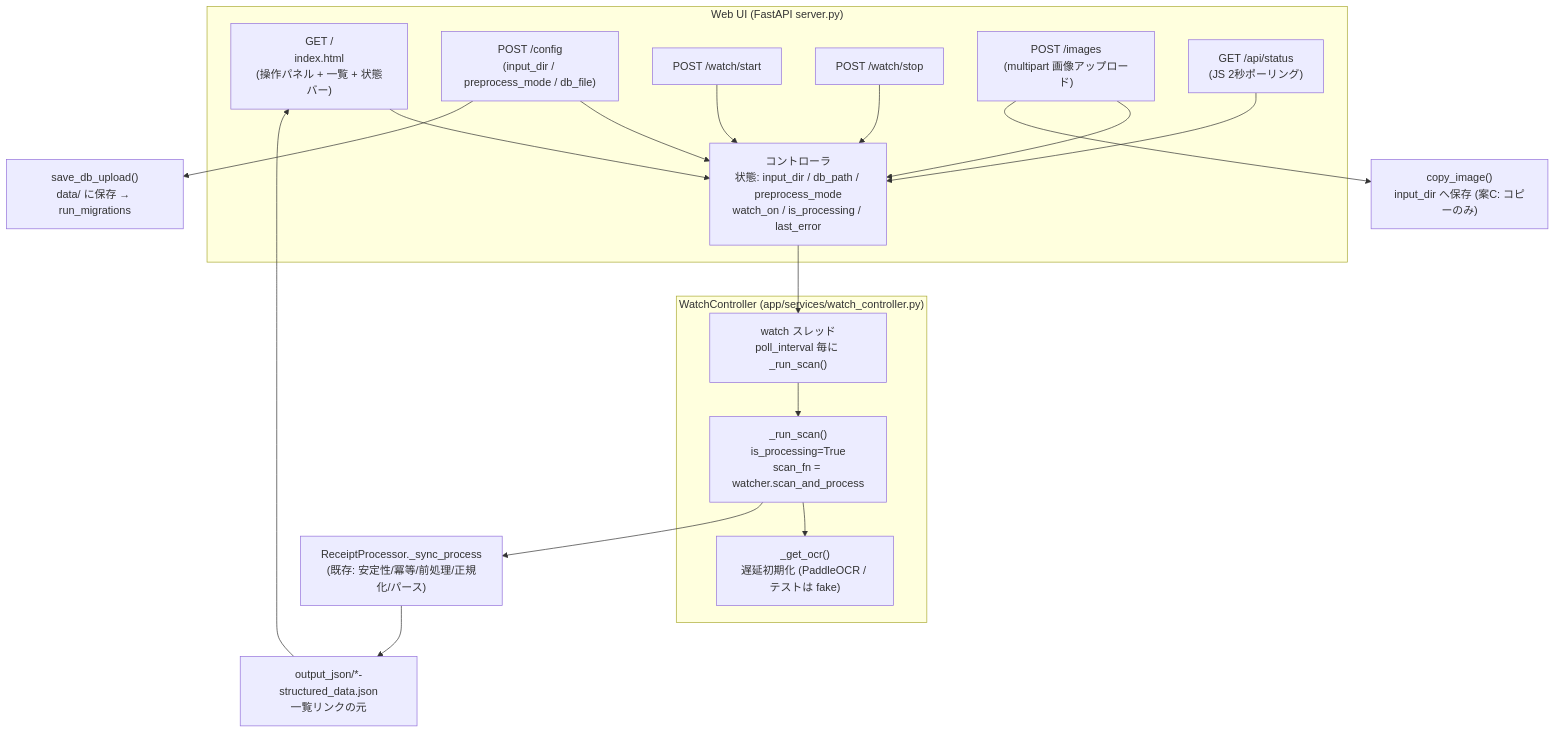
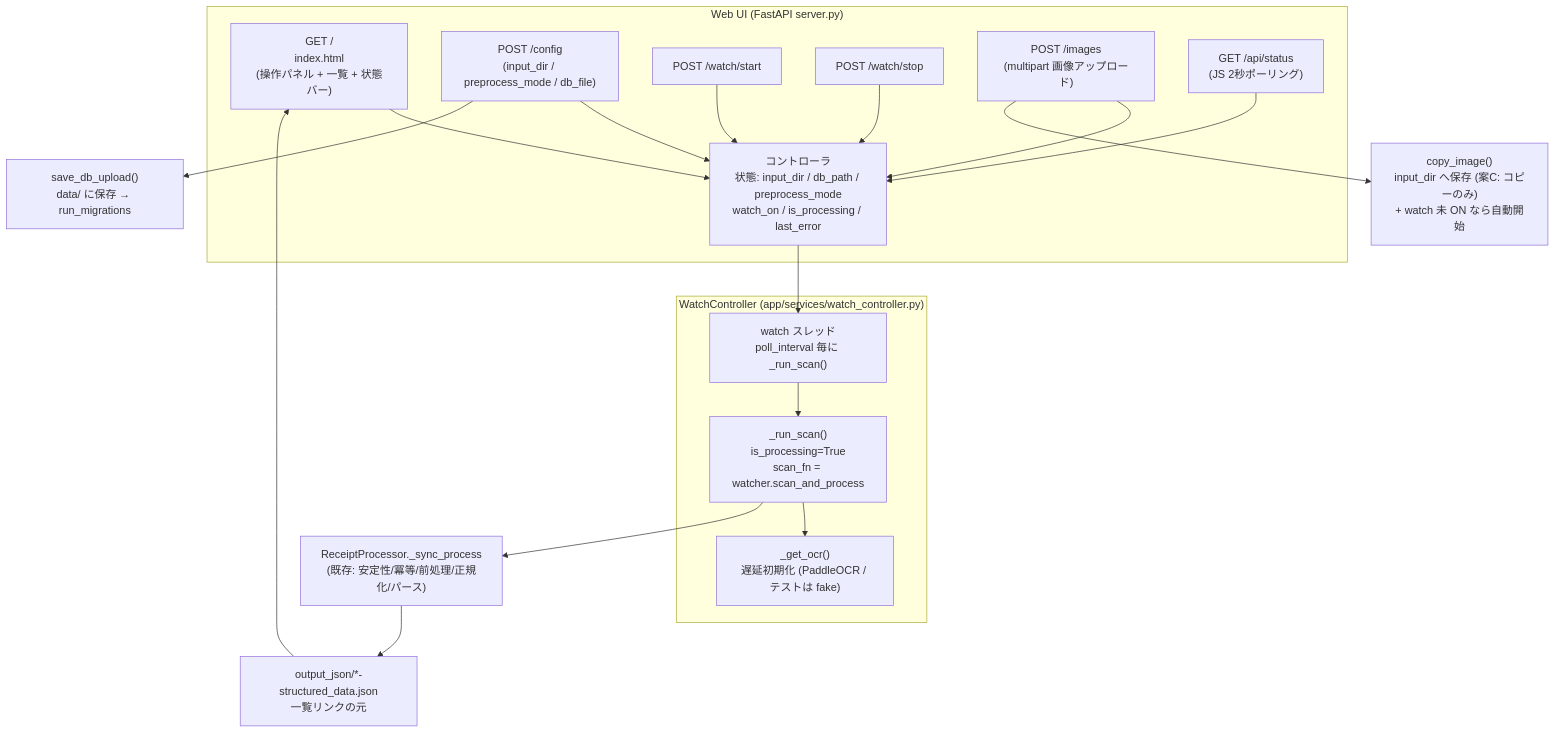
One commit to gensukeSpp/medical_expense_deduction_calc changed the diagram in docs/architecture/2026-11-16-webui-operations.md. Above: the diagram before and after it, drawn with Mermaid. The commit also changed other lines of this file and 2 other files, not shown here.

Commit message:
docs #56: Web UI UX 変更を spec / cli.md / architecture スナップショットに反映

````diff
--- a/docs/architecture/2026-11-16-webui-operations.md
+++ b/docs/architecture/2026-11-16-webui-operations.md
@@ -7,29 +7,29 @@
 ```mermaid
 graph TD
     subgraph "Web UI (FastAPI server.py)"
         TOP["GET /<br/>index.html<br/>(操作パネル + 一覧 + 状態バー)"] --> CTL
         CONF["POST /config<br/>(input_dir / preprocess_mode / db_file)"] --> CTL
         WON["POST /watch/start"] --> CTL
         WOFF["POST /watch/stop"] --> CTL
         IMG["POST /images<br/>(multipart 画像アップロード)"] --> CTL
         ST["GET /api/status<br/>(JS 2秒ポーリング)"] --> CTL
     end
 
     subgraph "WatchController (app/services/watch_controller.py)"
         CTL["コントローラ<br/>状態: input_dir / db_path / preprocess_mode<br/>watch_on / is_processing / last_error"]
         THREAD["watch スレッド<br/>poll_interval 毎に _run_scan()"]
         SCAN["_run_scan()<br/>is_processing=True<br/>scan_fn = watcher.scan_and_process"]
         OCR["_get_ocr()<br/>遅延初期化 (PaddleOCR / テストは fake)"]
         SCAN --> OCR
     end
 
     CTL --> THREAD
     THREAD --> SCAN
-    IMG --> COPY["copy_image()<br/>input_dir へ保存 (案C: コピーのみ)"]
+    IMG --> COPY["copy_image()<br/>input_dir へ保存 (案C: コピーのみ)<br/>+ watch 未 ON なら自動開始"]
     CONF --> DBUP["save_db_upload()<br/>data/ に保存 → run_migrations"]
 
     SCAN --> PROC["ReceiptProcessor._sync_process<br/>(既存: 安定性/冪等/前処理/正規化/パース)"]
     PROC --> OUT["output_json/*-structured_data.json<br/>一覧リンクの元"]
 
     OUT --> TOP
 ```
````
